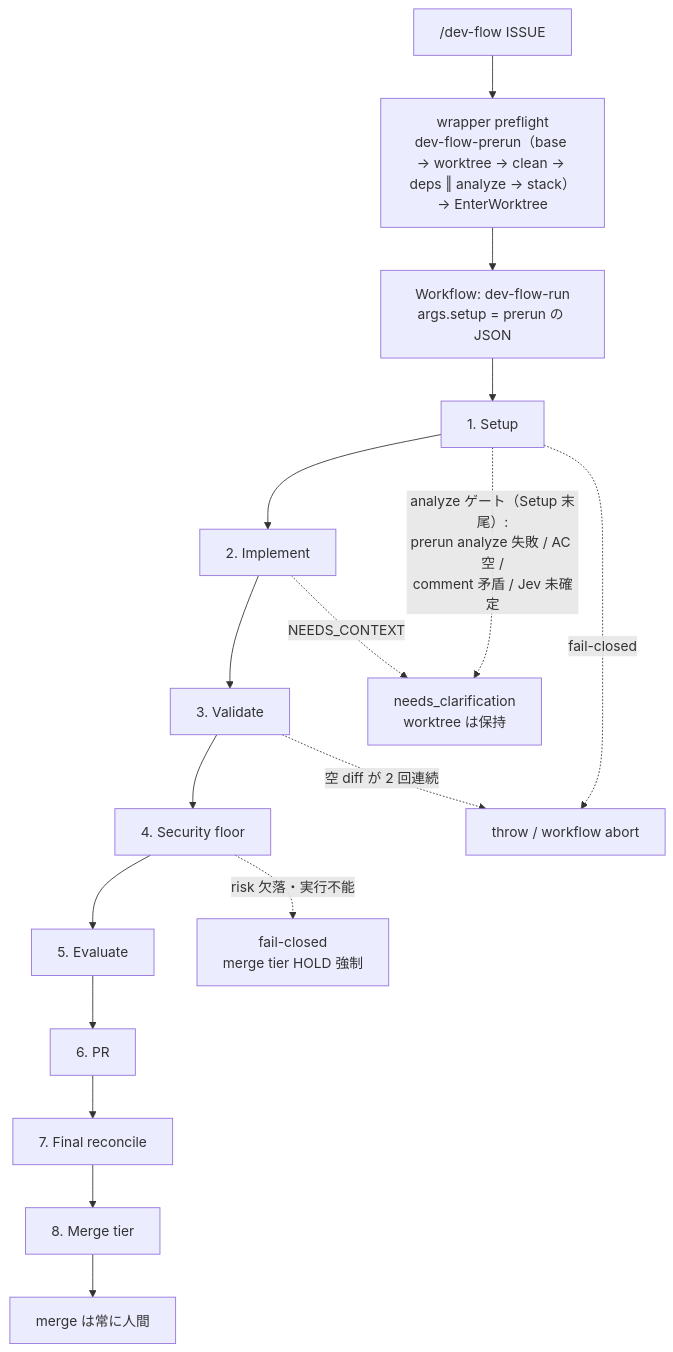
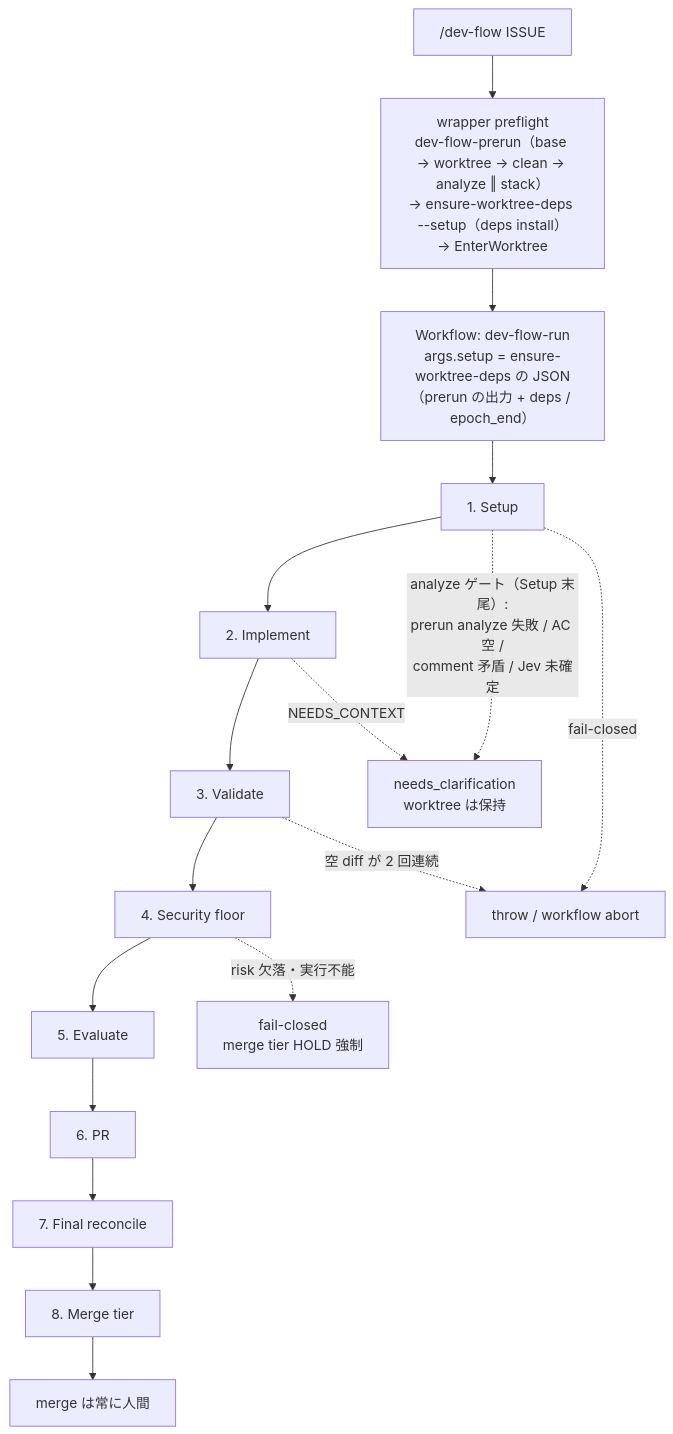
The first of 13 diagrams in docs/dev-flow-atlas.md (it-all-playpark/skills), drawn with Mermaid before and after one commit. The commit also changed other lines of this file and 6 other files, not shown here.

First line of the commit message:
docs(dev-flow): atlas / pipeline / rules / AGENTS.md の記述が実装より古い（prerun・HOLD 条件・終端 status・LITE 条件ほか） (#897) (#918)

````diff
--- a/docs/dev-flow-atlas.md
+++ b/docs/dev-flow-atlas.md
@@ -35,20 +35,20 @@
 ```mermaid
 flowchart TD
-    U["/dev-flow ISSUE"] --> PF["wrapper preflight<br/>dev-flow-prerun（base → worktree → clean → deps ‖ analyze → stack）<br/>→ EnterWorktree"]
-    PF --> W["Workflow: dev-flow-run<br/>args.setup = prerun の JSON"]
+    U["/dev-flow ISSUE"] --> PF["wrapper preflight<br/>dev-flow-prerun（base → worktree → clean → analyze ‖ stack）<br/>→ ensure-worktree-deps --setup（deps install）<br/>→ EnterWorktree"]
+    PF --> W["Workflow: dev-flow-run<br/>args.setup = ensure-worktree-deps の JSON<br/>（prerun の出力 + deps / epoch_end）"]
     W --> S["1. Setup"]
     S --> I["2. Implement"]
     I --> V["3. Validate"]
     V --> SF["4. Security floor"]
     SF --> E["5. Evaluate"]
     E --> R["6. PR"]
     R --> FR["7. Final reconcile"]
     FR --> MT["8. Merge tier"]
     MT --> HU["merge は常に人間"]
 
     S -.->|"fail-closed"| AB["throw / workflow abort"]
     V -.->|"空 diff が 2 回連続"| AB
     S -.->|"analyze ゲート（Setup 末尾）:<br/>prerun analyze 失敗 / AC 空 /<br/>comment 矛盾 / Jev 未確定"| NC["needs_clarification<br/>worktree は保持"]
     I -.->|"NEEDS_CONTEXT"| NC
     SF -.->|"risk 欠落・実行不能"| FC["fail-closed<br/>merge tier HOLD 強制"]
 ```
````
